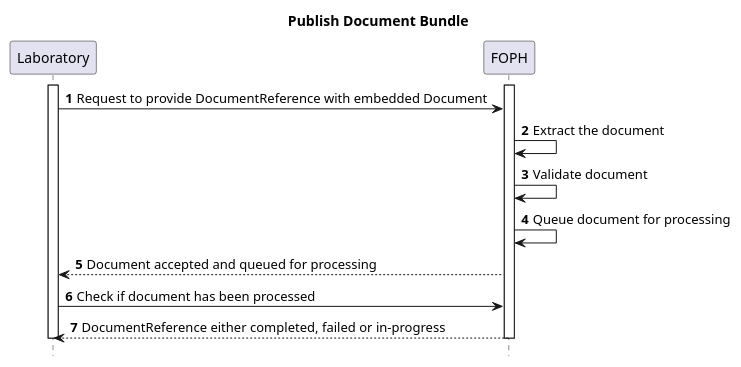
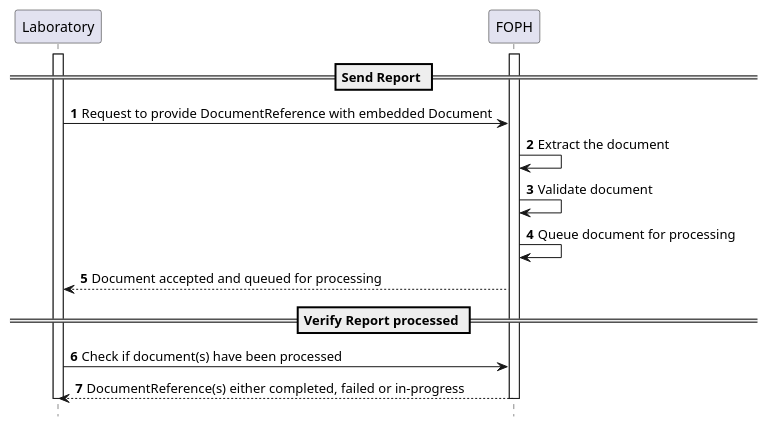
One commit to ahdis/ch-ems changed the diagram in input/images-source/PublishDocumentReference-seq.plantuml. Above: the diagram before and after it, drawn with PlantUML. The commit also changed 6 other files, not shown here.

```diff
--- a/input/images-source/PublishDocumentReference-seq.plantuml
+++ b/input/images-source/PublishDocumentReference-seq.plantuml
@@ -1,18 +1,19 @@
 @startuml
-title Publish Document Bundle
 hide footbox
 participant "Laboratory" as DocumentSource
 participant "FOPH" as DocumentRecipient
 autonumber
 activate DocumentSource
 activate DocumentRecipient
+== Send Report ==
 DocumentSource -> DocumentRecipient : Request to provide DocumentReference with embedded Document 
 DocumentRecipient -> DocumentRecipient : Extract the document
 DocumentRecipient -> DocumentRecipient : Validate document 
 DocumentRecipient -> DocumentRecipient : Queue document for processing 
-DocumentRecipient --> DocumentSource : Document accepted and queued for processing 
-DocumentSource -> DocumentRecipient : Check if document has been processed 
-DocumentRecipient --> DocumentSource : DocumentReference either completed, failed or in-progress 
+DocumentRecipient --> DocumentSource : Document accepted and queued for processing
+== Verify Report processed ==
+DocumentSource -> DocumentRecipient : Check if document(s) have been processed 
+DocumentRecipient --> DocumentSource : DocumentReference(s) either completed, failed or in-progress 
 deactivate DocumentSource
 deactivate DocumentRecipient
 @enduml
```
